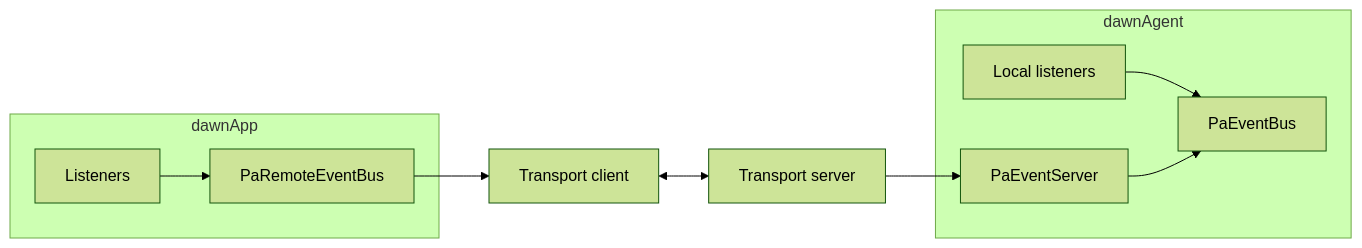
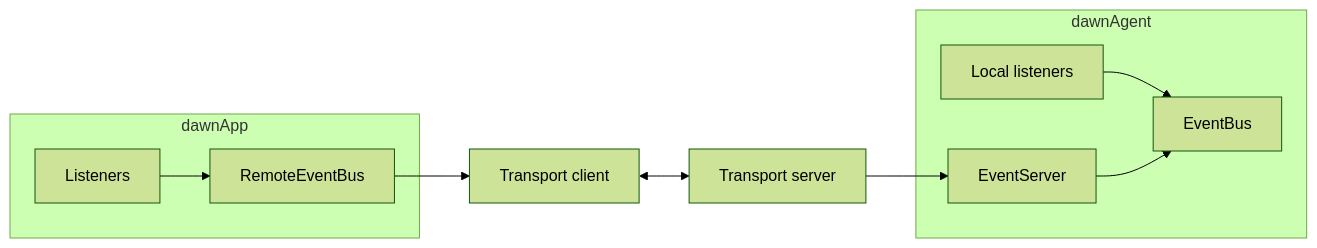
Before and after one commit to open-dawn/dawn: the diagram in libdawn/README.md, drawn with Mermaid (forest theme). The commit also changed other lines of this file and 147 other files, not shown here.

````diff
--- a/libdawn/README.md
+++ b/libdawn/README.md
@@ -17,18 +17,18 @@
 ```mermaid
 flowchart LR
   subgraph pawm [dawnAgent]
-    Bus[PaEventBus]
+    Bus[EventBus]
     Local[Local listeners]
-    Server[PaEventServer]
+    Server[EventServer]
     Local --> Bus
     Server --> Bus
   end
   subgraph settings [dawnApp]
-    Remote[PaRemoteEventBus]
+    Remote[RemoteEventBus]
     UI[Listeners]
     UI --> Remote
   end
   Remote --> ClientEnd[Transport client]
   ClientEnd <--> ServerEnd[Transport server]
   ServerEnd --> Server
 ```
````
